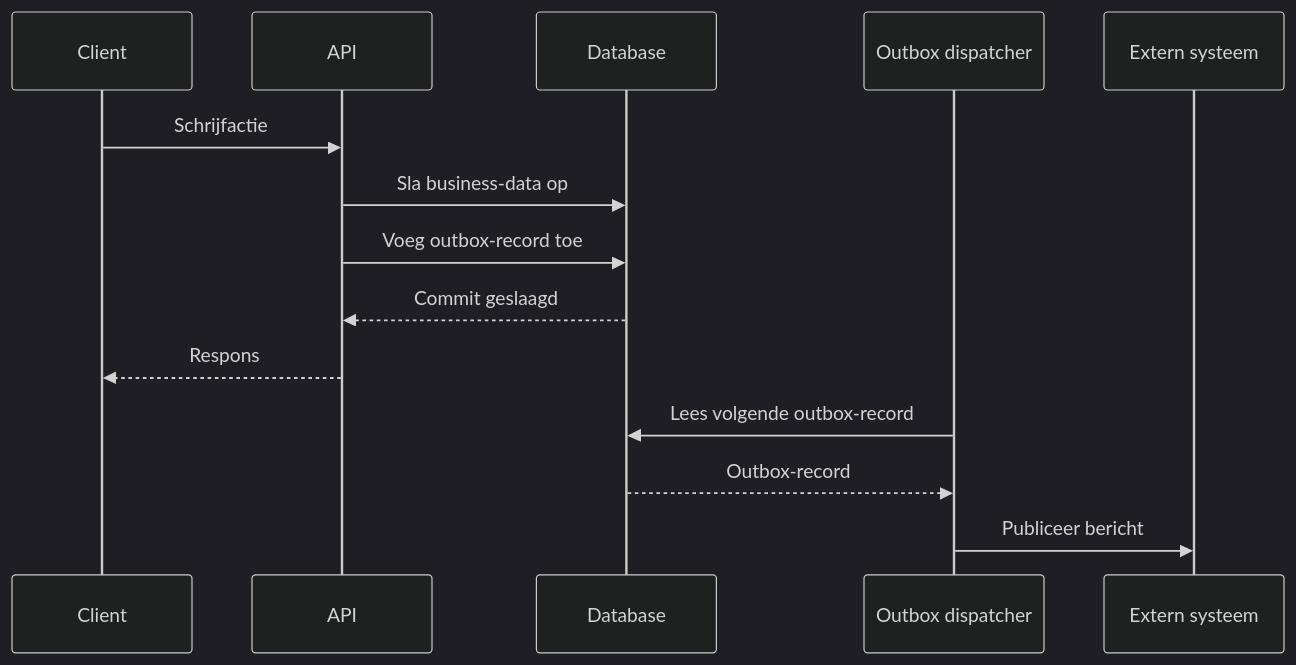
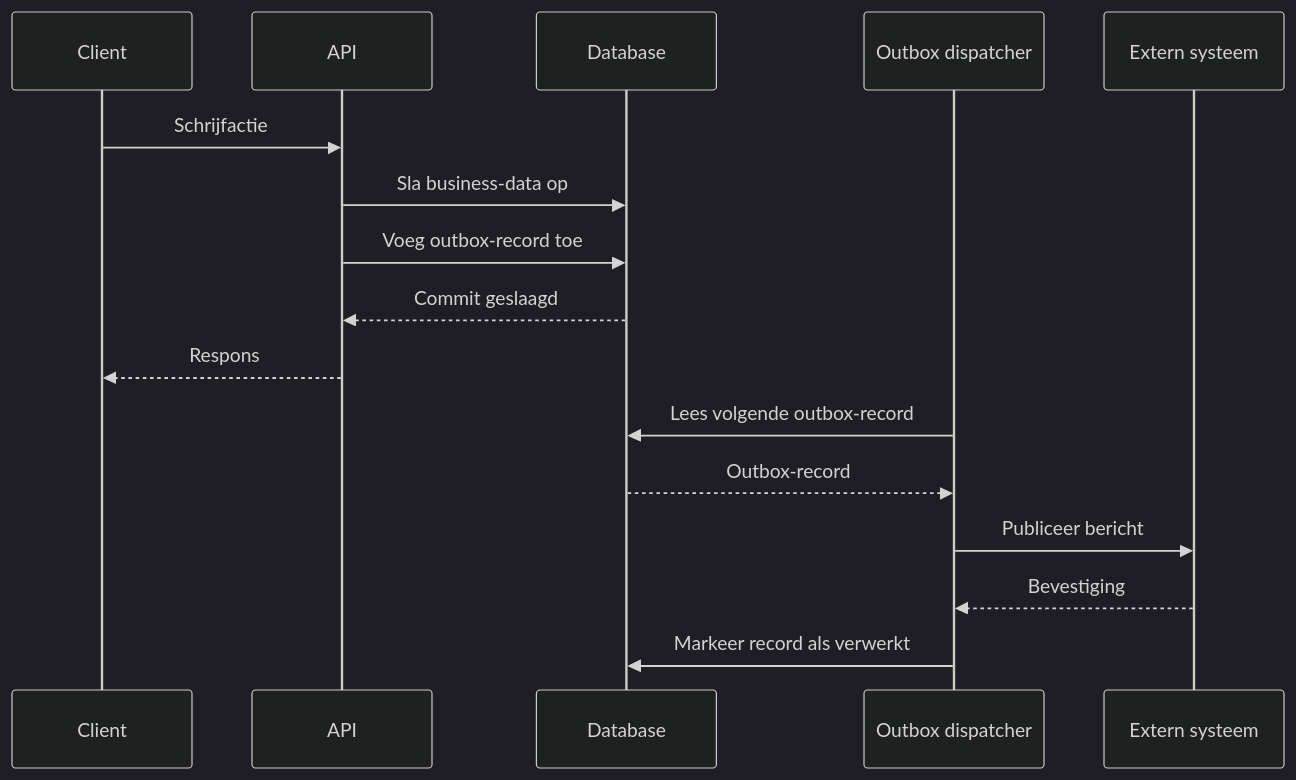
The diagram in docs/api-ontwikkeling/architectuur/transactionele-outbox.md (developer-overheid-nl/don-site), drawn with Mermaid (dark theme) before and after one commit.

Commit message:
Feedback Copilot verwerkt: mermaid diagram completer gemaakt

````diff
--- a/docs/api-ontwikkeling/architectuur/transactionele-outbox.md
+++ b/docs/api-ontwikkeling/architectuur/transactionele-outbox.md
@@ -41,18 +41,20 @@
 ```mermaid
 sequenceDiagram
     participant c as Client
     participant a as API
     participant d as Database
     participant o as Outbox dispatcher
     participant x as Extern systeem
 
     c->>a: Schrijfactie
     a->>d: Sla business-data op
     a->>d: Voeg outbox-record toe
     d-->>a: Commit geslaagd
     a-->>c: Respons
 
     o->>d: Lees volgende outbox-record
     d-->>o: Outbox-record
     o->>x: Publiceer bericht
+    x-->>o: Bevestiging
+    o->>d: Markeer record als verwerkt
 ```
````
